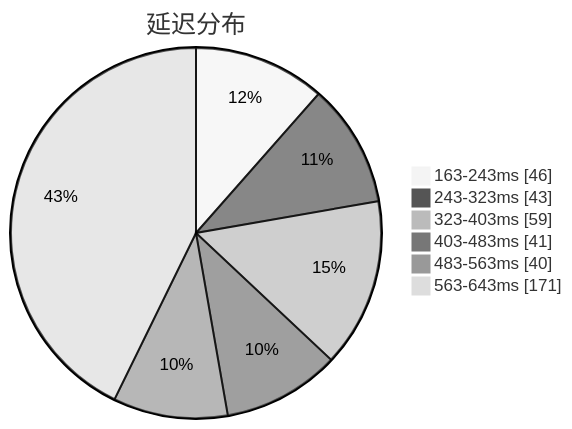
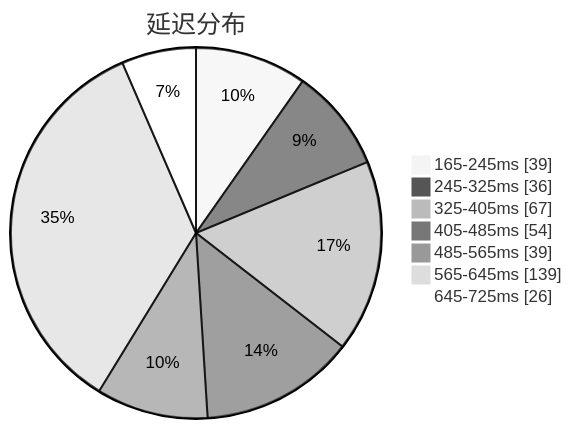
The first of 3 diagrams in subs/statistics/tested_within.md (qjlxg/airport), drawn with Mermaid (neutral theme) before and after one commit. The commit also changed other lines of this file and 2 other files, not shown here.

````diff
--- a/subs/statistics/tested_within.md
+++ b/subs/statistics/tested_within.md
@@ -2,10 +2,11 @@
 ```mermaid
 pie showData
 title 延迟分布
-"163-243ms" : 46
-"243-323ms" : 43
-"323-403ms" : 59
-"403-483ms" : 41
-"483-563ms" : 40
-"563-643ms" : 171
+"165-245ms" : 39
+"245-325ms" : 36
+"325-405ms" : 67
+"405-485ms" : 54
+"485-565ms" : 39
+"565-645ms" : 139
+"645-725ms" : 26
 ```
````
